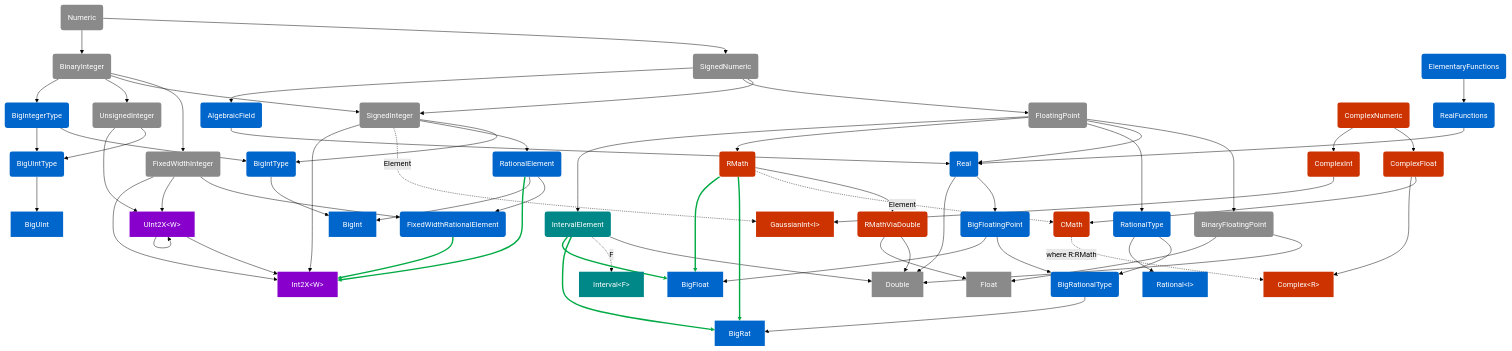
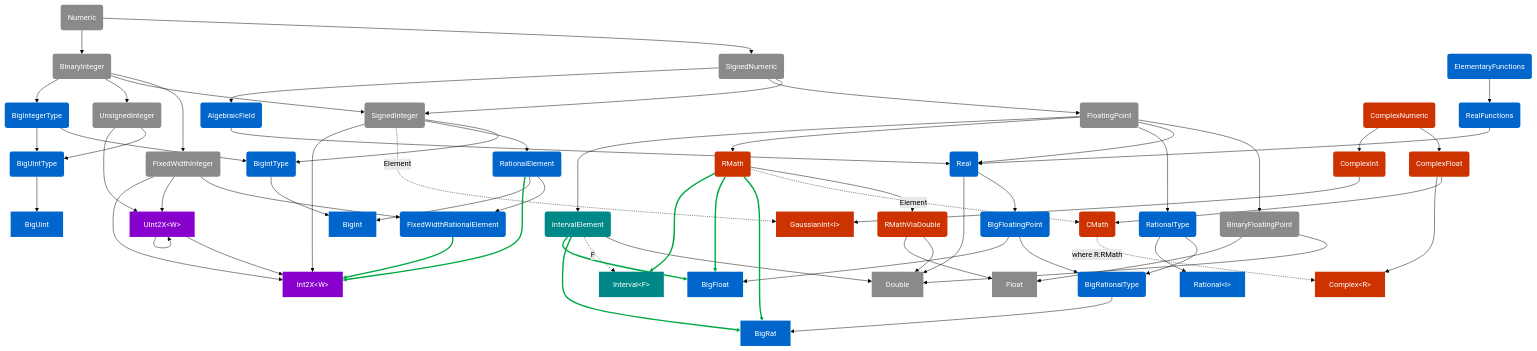
The diagram in graph/typetree.mmd (dankogai/swift-pons), drawn with Mermaid (forest theme) before and after one commit. The commit also changed 4 other files, not shown here.

First line of the commit message:
Make Interval an RMath, so Complex<Interval<BigRat>> works

```diff
--- a/graph/typetree.mmd
+++ b/graph/typetree.mmd
@@ -1,124 +1,125 @@
 graph TD
   classDef stdlib   fill:#8a8a8a,stroke:none,color:#fff
   classDef bignum   fill:#0066cc,stroke:none,color:#fff
   classDef complex  fill:#cc3300,stroke:none,color:#fff
   classDef interval fill:#008888,stroke:none,color:#fff
   classDef int2x    fill:#8800cc,stroke:none,color:#fff
   classDef ponsglue fill:#00aa44,stroke:none,color:#fff
 
   %% Swift Standard Library
   Numeric(Numeric):::stdlib
   SignedNumeric(SignedNumeric):::stdlib
   BinaryInteger(BinaryInteger):::stdlib
   SignedInteger(SignedInteger):::stdlib
   UnsignedInteger(UnsignedInteger):::stdlib
   FixedWidthInteger(FixedWidthInteger):::stdlib
   FloatingPoint(FloatingPoint):::stdlib
   BinaryFloatingPoint(BinaryFloatingPoint):::stdlib
   Double[Double]:::stdlib
   Float[Float]:::stdlib
 
   Numeric --> SignedNumeric
   Numeric --> BinaryInteger
   BinaryInteger --> FixedWidthInteger
   BinaryInteger --> SignedInteger
   BinaryInteger --> UnsignedInteger
   SignedNumeric --> SignedInteger
   SignedNumeric --> FloatingPoint
   FloatingPoint --> BinaryFloatingPoint
   BinaryFloatingPoint --> Double
   BinaryFloatingPoint --> Float
 
   %% BigNum
   ElementaryFunctions(ElementaryFunctions):::bignum
   RealFunctions(RealFunctions):::bignum
   AlgebraicField(AlgebraicField):::bignum
   Real(Real):::bignum
   BigFloatingPoint(BigFloatingPoint):::bignum
   BigIntegerType(BigIntegerType):::bignum
   BigIntType(BigIntType):::bignum
   BigUIntType(BigUIntType):::bignum
   RationalElement(RationalElement):::bignum
   FixedWidthRationalElement(FixedWidthRationalElement):::bignum
   RationalType(RationalType):::bignum
   BigRationalType(BigRationalType):::bignum
   BigUInt[BigUInt]:::bignum
   BigInt[BigInt]:::bignum
   Rational["Rational&lt;I&gt;"]:::bignum
   BigRat[BigRat]:::bignum
   BigFloat[BigFloat]:::bignum
 
   ElementaryFunctions --> RealFunctions
   SignedNumeric --> AlgebraicField
   FloatingPoint --> Real
   RealFunctions --> Real
   AlgebraicField --> Real
   Real --> BigFloatingPoint
   Real --> Double
   BinaryInteger --> BigIntegerType
   BigIntegerType --> BigIntType
   SignedInteger --> BigIntType
   BigIntegerType --> BigUIntType
   UnsignedInteger --> BigUIntType
   BigIntType --> BigInt
   BigUIntType --> BigUInt
   SignedInteger --> RationalElement
   RationalElement --> FixedWidthRationalElement
   FixedWidthInteger --> FixedWidthRationalElement
   RationalElement --> BigInt
   FloatingPoint --> RationalType
   RationalType --> BigRationalType
   BigFloatingPoint --> BigRationalType
   RationalType --> Rational
   BigRationalType --> BigRat
   BigFloatingPoint --> BigFloat
 
   %% Complex
   ComplexNumeric(ComplexNumeric):::complex
   ComplexFloat(ComplexFloat):::complex
   CMath(CMath):::complex
   ComplexInt(ComplexInt):::complex
   RMath(RMath):::complex
   RMathViaDouble(RMathViaDouble):::complex
   Complex["Complex&lt;R&gt;"]:::complex
   GaussianInt["GaussianInt&lt;I&gt;"]:::complex
 
   ComplexNumeric --> ComplexFloat
   ComplexNumeric --> ComplexInt
   ComplexFloat --> CMath
   FloatingPoint --> RMath
   RMath --> RMathViaDouble
   RMathViaDouble --> Double
   RMathViaDouble --> Float
   RMath -. "Element" .-> CMath
   ComplexFloat --> Complex
   CMath -. "where R:RMath" .-> Complex
   ComplexInt --> GaussianInt
   SignedInteger -. "Element" .-> GaussianInt
 
   %% Interval
   IntervalElement(IntervalElement):::interval
   Interval["Interval&lt;F&gt;"]:::interval
   FloatingPoint --> IntervalElement
   IntervalElement --> Double
   IntervalElement -. "F" .-> Interval
 
   %% Int2X
   UInt2X["UInt2X&lt;W&gt;"]:::int2x
   Int2X["Int2X&lt;W&gt;"]:::int2x
   FixedWidthInteger --> UInt2X
   UnsignedInteger --> UInt2X
   FixedWidthInteger --> Int2X
   SignedInteger --> Int2X
   UInt2X --> Int2X
   UInt2X --> UInt2X
 
   %% PONS retroactive glue
   RMath ==> BigRat
   RMath ==> BigFloat
   RationalElement ==> Int2X
   FixedWidthRationalElement ==> Int2X
   IntervalElement ==> BigRat
   IntervalElement ==> BigFloat
+  RMath ==> Interval
 
-  linkStyle 55,56,57,58,59,60 stroke:#00aa44,stroke-width:3px
+  linkStyle 55,56,57,58,59,60,61 stroke:#00aa44,stroke-width:3px
```
